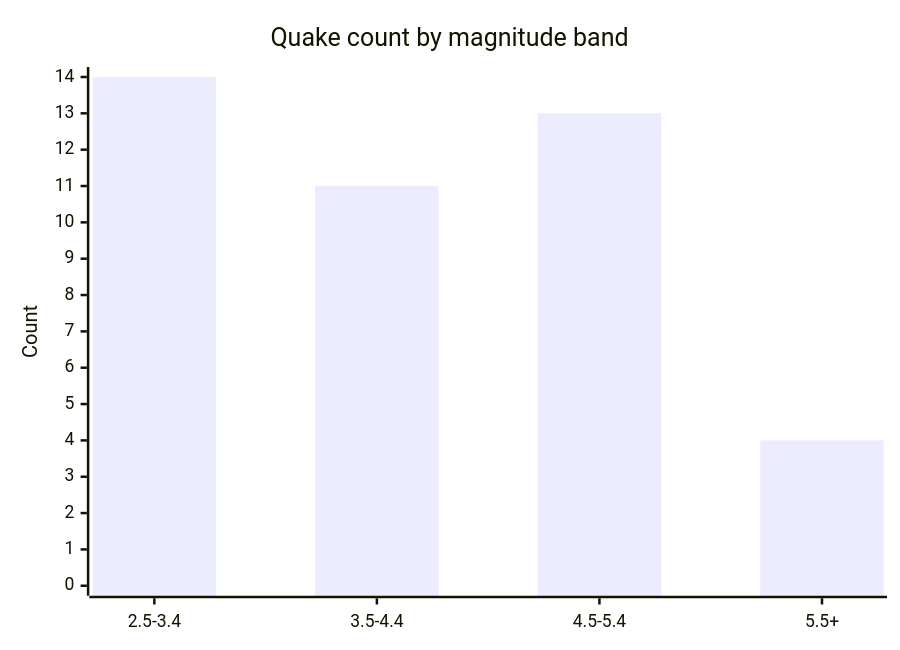
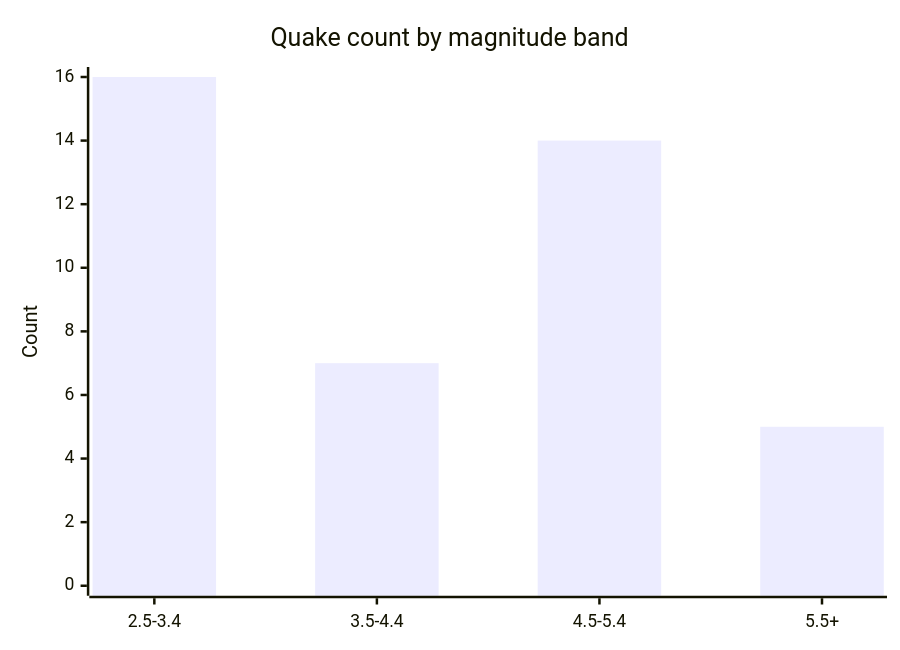
Before and after one commit to Midwest-Stratospheric/aerostratospheric-defense-gir: the fifth of 6 diagrams in docs/GRAPHS.md, drawn with Mermaid. The commit also changed other lines of this file and 26 other files, not shown here.

````diff
--- a/docs/GRAPHS.md
+++ b/docs/GRAPHS.md
@@ -82,7 +82,7 @@
 ```mermaid
 xychart-beta
   title "Quake count by magnitude band"
   x-axis ["2.5-3.4", "3.5-4.4", "4.5-5.4", "5.5+"]
-  y-axis "Count" 0 --> 14
-  bar [14, 11, 13, 4]
+  y-axis "Count" 0 --> 16
+  bar [16, 7, 14, 5]
 ```
````
